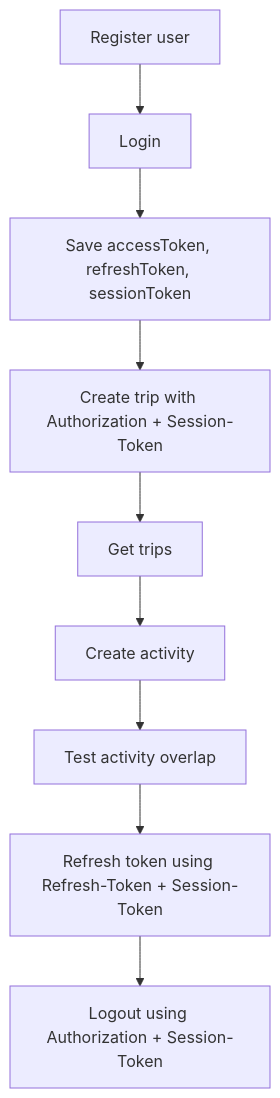
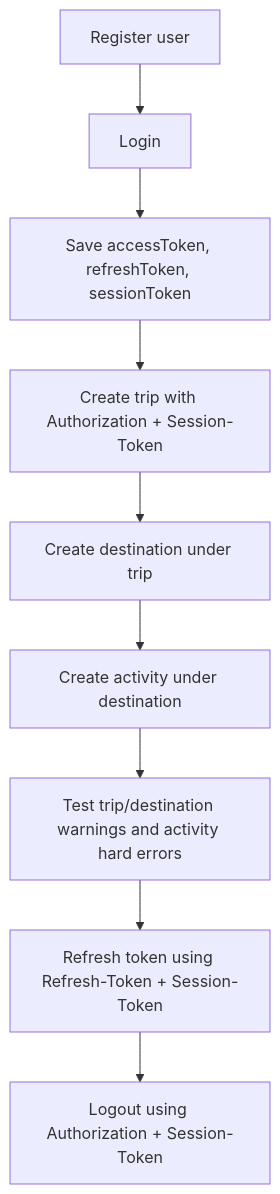
The diagram in backend/docs/POSTMAN_GUIDE.md (JustinBui22/wandermate-fullstack), drawn with Mermaid before and after one commit. The commit also changed other lines of this file and 6 other files, not shown here.

````diff
--- a/backend/docs/POSTMAN_GUIDE.md
+++ b/backend/docs/POSTMAN_GUIDE.md
@@ -48,11 +57,11 @@
 ```mermaid
 flowchart TD
     A[Register user] --> B[Login]
     B --> C[Save accessToken, refreshToken, sessionToken]
     C --> D[Create trip with Authorization + Session-Token]
-    D --> E[Get trips]
-    E --> F[Create activity]
-    F --> G[Test activity overlap]
+    D --> E[Create destination under trip]
+    E --> F[Create activity under destination]
+    F --> G[Test trip/destination warnings and activity hard errors]
     G --> H[Refresh token using Refresh-Token + Session-Token]
     H --> I[Logout using Authorization + Session-Token]
 ```
````
